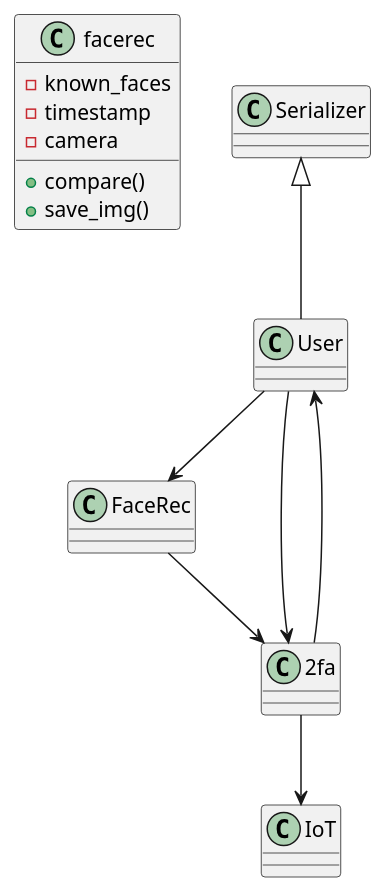
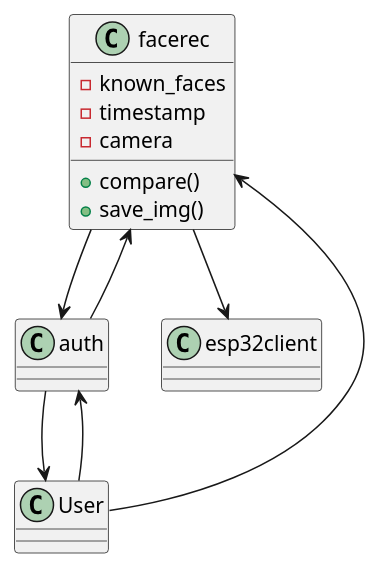
The second of 3 diagrams in README.md (Tuukka-B/IoT-Face-Recognition), drawn with PlantUML before and after one commit.

````diff
--- a/README.md
+++ b/README.md
@@ -149,21 +149,21 @@
 ```plantuml
 @startuml
 
     class facerec {
         -known_faces
         -timestamp
         -camera
         +compare()
         +save_img()
     }
     
     
-    User --> FaceRec
-    FaceRec --> 2fa
-    2fa --> User
-    User --> 2fa
-    2fa --> IoT
-    Serializer <|-- User
+    User --> facerec
+    facerec --> auth
+    auth --> User
+    User --> auth
+    auth --> facerec
+    facerec --> esp32client
     
 @enduml
 ```
````
